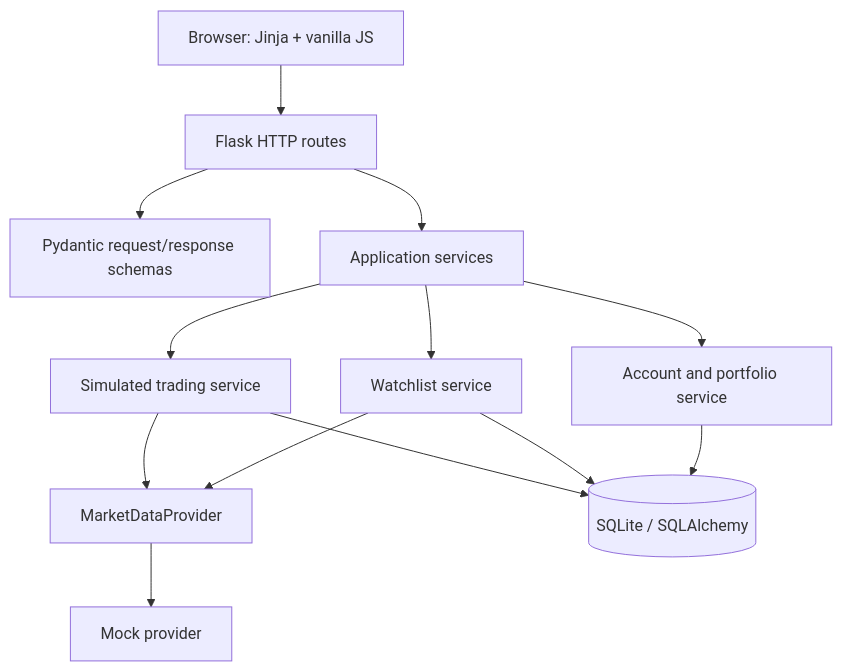
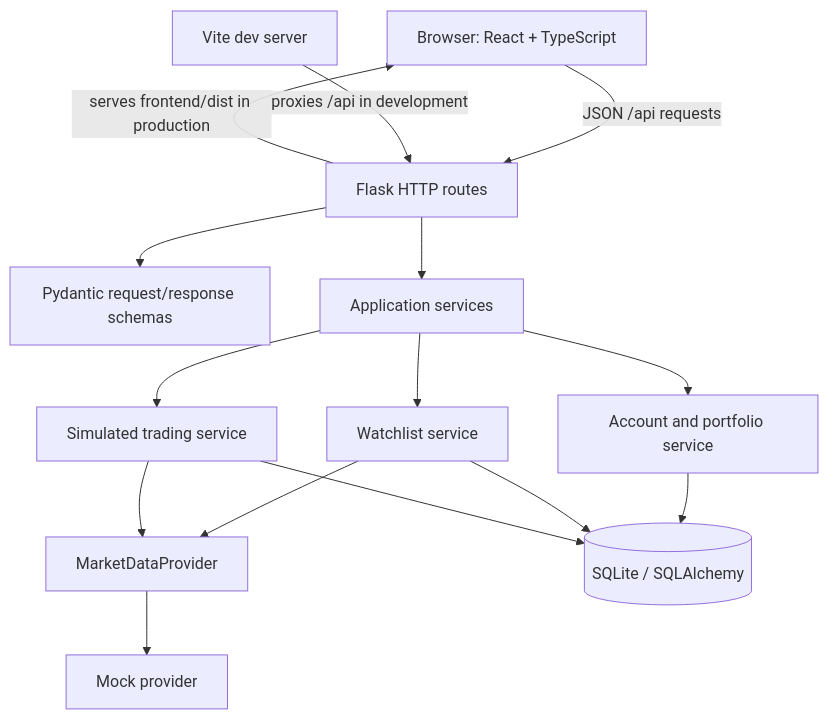
The diagram in ARCHITECTURE.md (vatsshreeyansh-creator/PayPal), drawn with Mermaid before and after one commit. The commit also changed other lines of this file and 26 other files, not shown here.

````diff
--- a/ARCHITECTURE.md
+++ b/ARCHITECTURE.md
@@ -34,15 +33,17 @@
 ```mermaid
 flowchart TB
-  UI[Browser: Jinja + vanilla JS] --> API[Flask HTTP routes]
+  UI[Browser: React + TypeScript] -->|JSON /api requests| API[Flask HTTP routes]
+  Vite[Vite dev server] -->|proxies /api in development| API
+  API -->|serves frontend/dist in production| UI
   API --> SCH[Pydantic request/response schemas]
   API --> SVC[Application services]
   SVC --> ACC[Account and portfolio service]
   SVC --> WLS[Watchlist service]
   SVC --> TRD[Simulated trading service]
   WLS --> MDP[MarketDataProvider]
   TRD --> MDP
   ACC --> DB[(SQLite / SQLAlchemy)]
   WLS --> DB
   TRD --> DB
   MDP --> MOCK[Mock provider]
 ```
````
